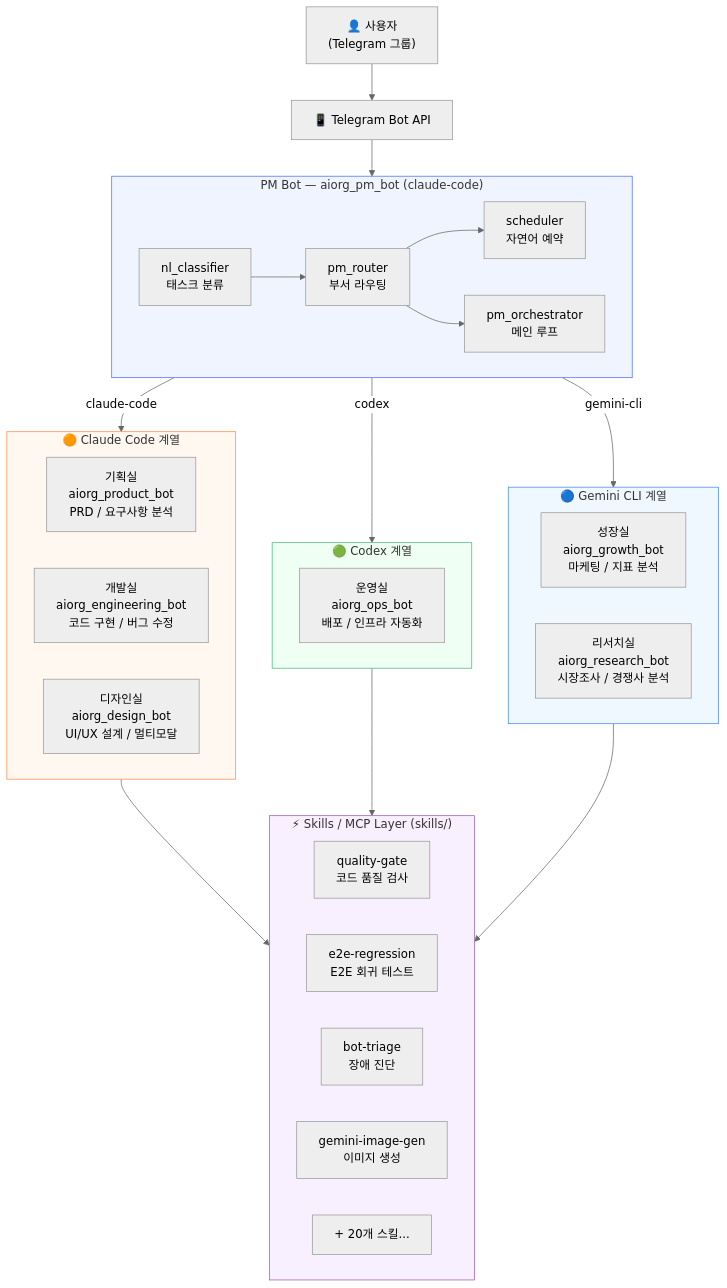
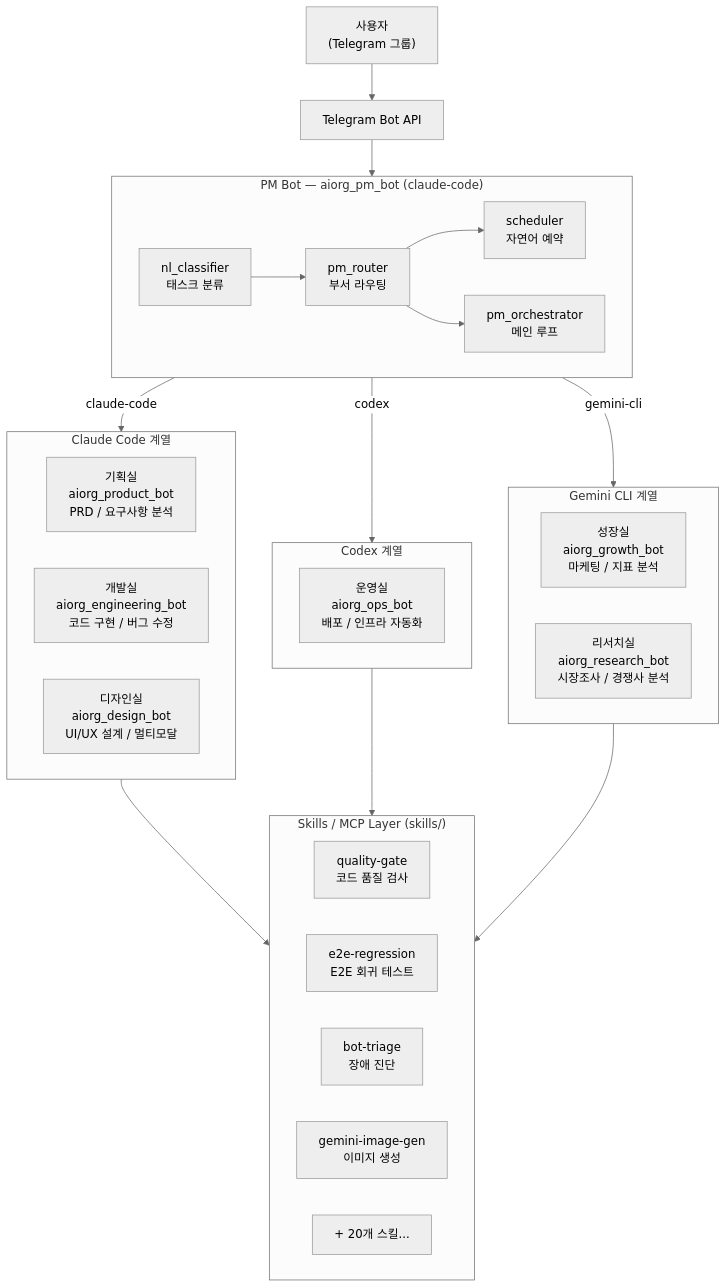
The diagram in README.md (dragon1086/telegram-ai-org), drawn with Mermaid (neutral theme) before and after one commit. The commit also changed other lines of this file, not shown here.

````diff
--- a/README.md
+++ b/README.md
@@ -103,49 +128,43 @@
 ```mermaid
 graph TD
-    User["👤 사용자<br/>(Telegram 그룹)"] --> TG["📱 Telegram Bot API"]
+    User["사용자<br/>(Telegram 그룹)"] --> TG["Telegram Bot API"]
     TG --> PM
 
     subgraph PM["PM Bot — aiorg_pm_bot (claude-code)"]
         direction LR
         Classifier["nl_classifier<br/>태스크 분류"] --> Router["pm_router<br/>부서 라우팅"]
         Router --> Scheduler["scheduler<br/>자연어 예약"]
         Router --> Orch["pm_orchestrator<br/>메인 루프"]
     end
 
     PM -->|"claude-code"| ClaudeGroup
     PM -->|"codex"| CodexGroup
     PM -->|"gemini-cli"| GeminiGroup
 
-    subgraph ClaudeGroup["🟠 Claude Code 계열"]
+    subgraph ClaudeGroup["Claude Code 계열"]
         Product["기획실<br/>aiorg_product_bot<br/>PRD / 요구사항 분석"]
         Engineering["개발실<br/>aiorg_engineering_bot<br/>코드 구현 / 버그 수정"]
         Design["디자인실<br/>aiorg_design_bot<br/>UI/UX 설계 / 멀티모달"]
     end
 
-    subgraph CodexGroup["🟢 Codex 계열"]
+    subgraph CodexGroup["Codex 계열"]
         Ops["운영실<br/>aiorg_ops_bot<br/>배포 / 인프라 자동화"]
     end
 
-    subgraph GeminiGroup["🔵 Gemini CLI 계열"]
+    subgraph GeminiGroup["Gemini CLI 계열"]
         Growth["성장실<br/>aiorg_growth_bot<br/>마케팅 / 지표 분석"]
         Research["리서치실<br/>aiorg_research_bot<br/>시장조사 / 경쟁사 분석"]
     end
 
     ClaudeGroup --> Skills
     CodexGroup --> Skills
     GeminiGroup --> Skills
 
-    subgraph Skills["⚡ Skills / MCP Layer (skills/)"]
+    subgraph Skills["Skills / MCP Layer (skills/)"]
         QG["quality-gate<br/>코드 품질 검사"]
         E2E["e2e-regression<br/>E2E 회귀 테스트"]
         BT["bot-triage<br/>장애 진단"]
         GIG["gemini-image-gen<br/>이미지 생성"]
         More["+ 20개 스킬..."]
     end
-
-    style PM fill:#f0f4ff,stroke:#4a6cf7
-    style ClaudeGroup fill:#fff8f0,stroke:#ff8c42
-    style CodexGroup fill:#f0fff4,stroke:#42b983
-    style GeminiGroup fill:#f0f8ff,stroke:#4285f4
-    style Skills fill:#f9f0ff,stroke:#9b59b6
 ```
````
